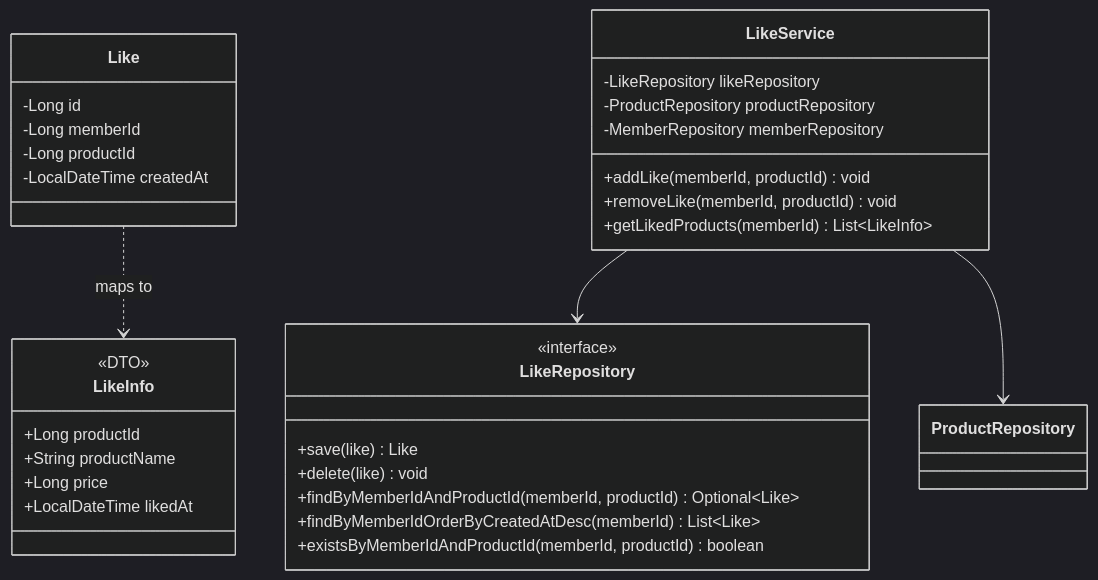
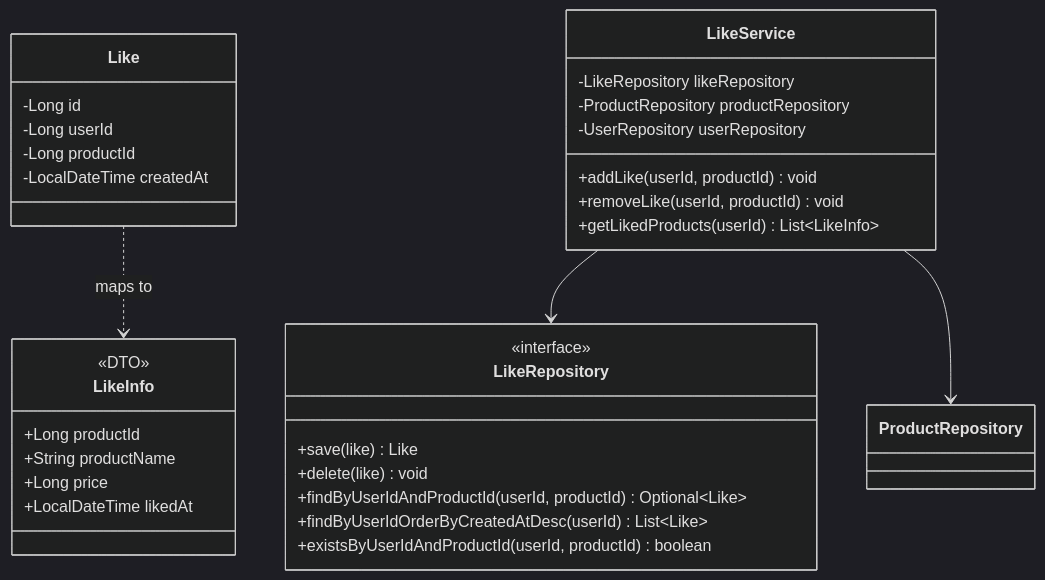
The sixth of 8 diagrams in docs/03-class-diagrams.md (yht0827/my-commerce), drawn with Mermaid (dark theme) before and after one commit. The commit also changed other lines of this file and 25 other files, not shown here.

````diff
--- a/docs/03-class-diagrams.md
+++ b/docs/03-class-diagrams.md
@@ -301,39 +300,39 @@
 ```mermaid
 classDiagram
     class Like {
         -Long id
-        -Long memberId
+        -Long userId
         -Long productId
         -LocalDateTime createdAt
     }
 
     class LikeInfo {
         <<DTO>>
         +Long productId
         +String productName
         +Long price
         +LocalDateTime likedAt
     }
 
     class LikeRepository {
         <<interface>>
         +save(like) Like
         +delete(like) void
-        +findByMemberIdAndProductId(memberId, productId) Optional~Like~
-        +findByMemberIdOrderByCreatedAtDesc(memberId) List~Like~
-        +existsByMemberIdAndProductId(memberId, productId) boolean
+        +findByUserIdAndProductId(userId, productId) Optional~Like~
+        +findByUserIdOrderByCreatedAtDesc(userId) List~Like~
+        +existsByUserIdAndProductId(userId, productId) boolean
     }
 
     class LikeService {
         -LikeRepository likeRepository
         -ProductRepository productRepository
-        -MemberRepository memberRepository
-        +addLike(memberId, productId) void
-        +removeLike(memberId, productId) void
-        +getLikedProducts(memberId) List~LikeInfo~
+        -UserRepository userRepository
+        +addLike(userId, productId) void
+        +removeLike(userId, productId) void
+        +getLikedProducts(userId) List~LikeInfo~
     }
 
     Like ..> LikeInfo : maps to
     LikeService --> LikeRepository
     LikeService --> ProductRepository
 ```
````
